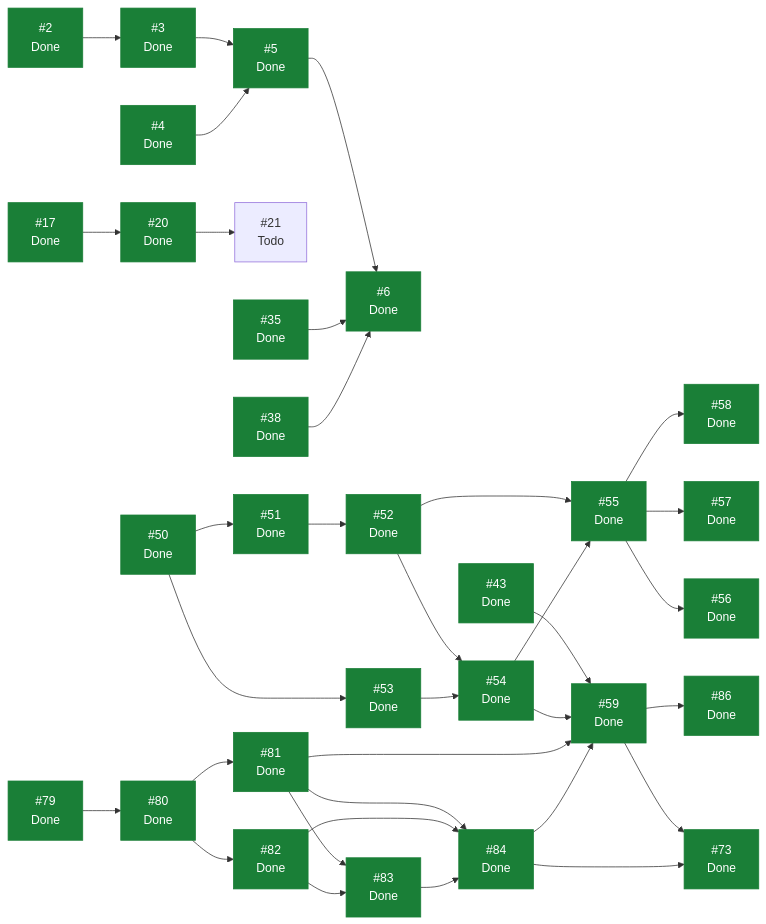
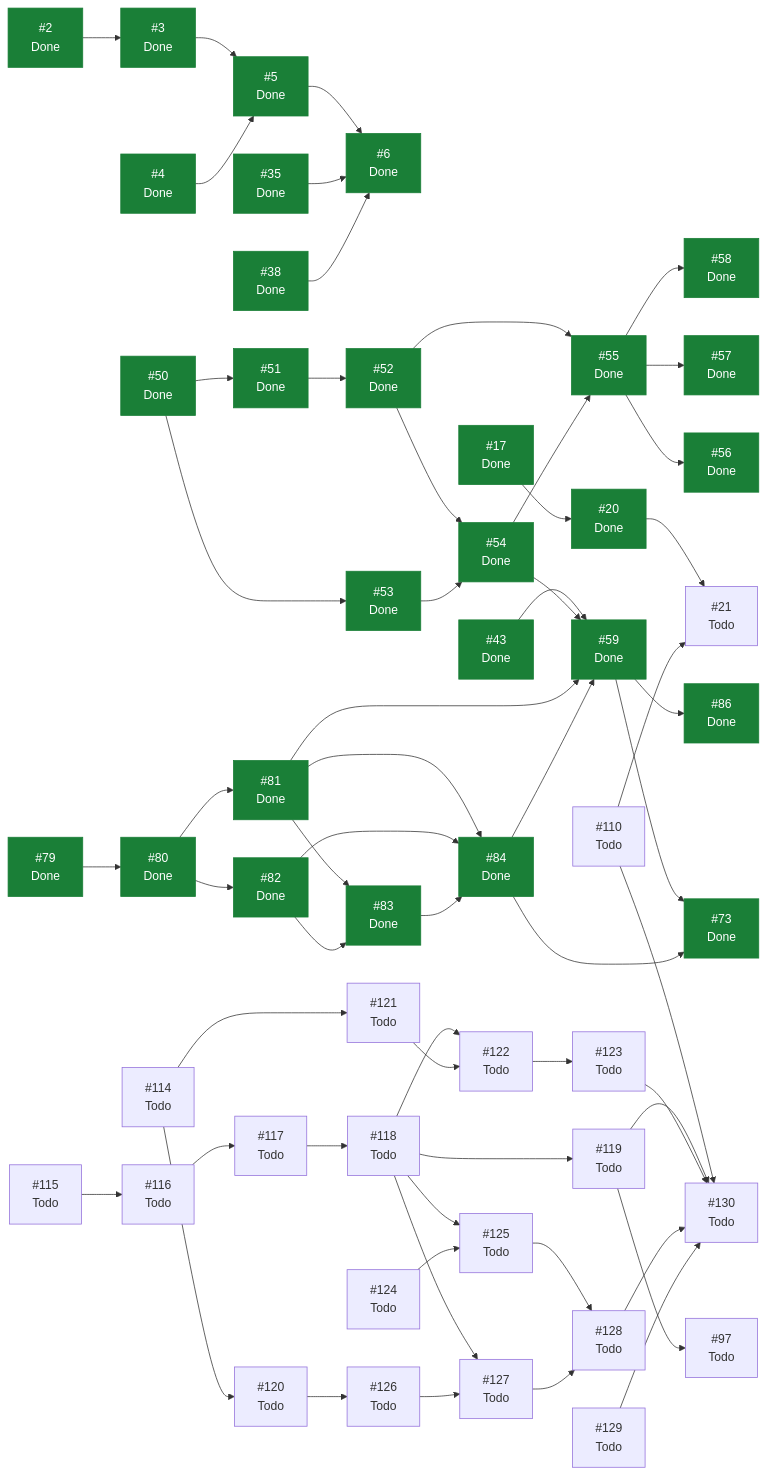
One commit to ecamp0s/evault changed the diagram in docs/planning/STATUS.md. Above: the diagram before and after it, drawn with Mermaid. The commit also changed other lines of this file and 1 other file, not shown here.

````diff
--- a/docs/planning/STATUS.md
+++ b/docs/planning/STATUS.md
@@ -136,6 +164,25 @@
   I83["#83<br/>Done"]
   I84["#84<br/>Done"]
   I86["#86<br/>Done"]
+  I97["#97<br/>Todo"]
+  I110["#110<br/>Todo"]
+  I114["#114<br/>Todo"]
+  I115["#115<br/>Todo"]
+  I116["#116<br/>Todo"]
+  I117["#117<br/>Todo"]
+  I118["#118<br/>Todo"]
+  I119["#119<br/>Todo"]
+  I120["#120<br/>Todo"]
+  I121["#121<br/>Todo"]
+  I122["#122<br/>Todo"]
+  I123["#123<br/>Todo"]
+  I124["#124<br/>Todo"]
+  I125["#125<br/>Todo"]
+  I126["#126<br/>Todo"]
+  I127["#127<br/>Todo"]
+  I128["#128<br/>Todo"]
+  I129["#129<br/>Todo"]
+  I130["#130<br/>Todo"]
   I2 --> I3
   I3 --> I5
   I4 --> I5
@@ -169,6 +216,29 @@
   I83 --> I84
   I84 --> I59
   I84 --> I73
+  I110 --> I21
+  I110 --> I130
+  I114 --> I120
+  I114 --> I121
+  I115 --> I116
+  I116 --> I117
+  I117 --> I118
+  I118 --> I119
+  I118 --> I122
+  I118 --> I125
+  I118 --> I127
+  I119 --> I97
+  I119 --> I130
+  I120 --> I126
+  I121 --> I122
+  I122 --> I123
+  I123 --> I130
+  I124 --> I125
+  I125 --> I128
+  I126 --> I127
+  I127 --> I128
+  I128 --> I130
+  I129 --> I130
   classDef hecho fill:#1a7f37,stroke:#1a7f37,color:#fff;
   class I2,I3,I4,I5,I6,I17,I20,I35,I38,I43,I50,I51,I52,I53,I54,I55,I56,I57,I58,I59,I73,I79,I80,I81,I82,I83,I84,I86 hecho;
 ```
````
